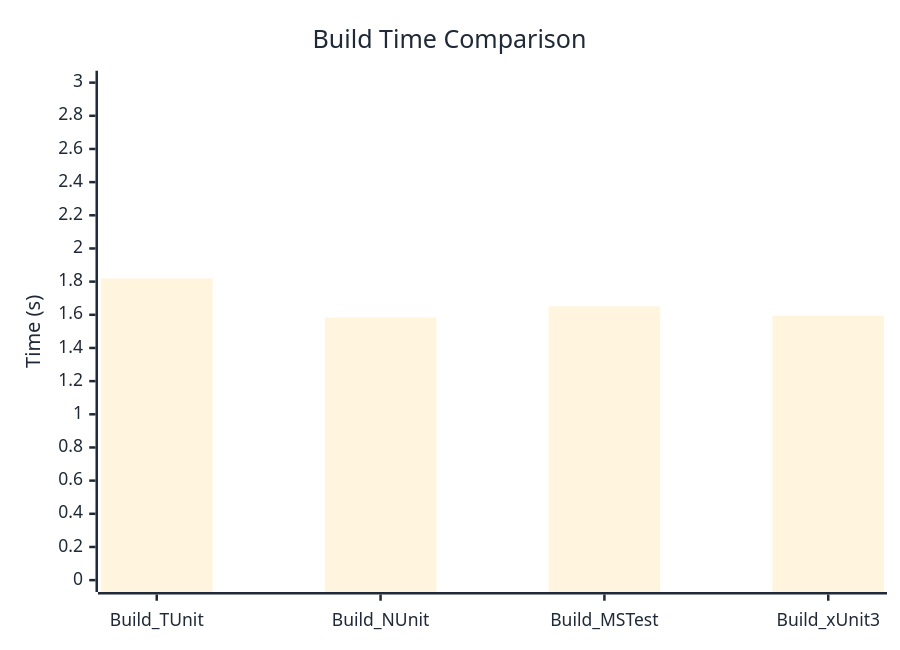
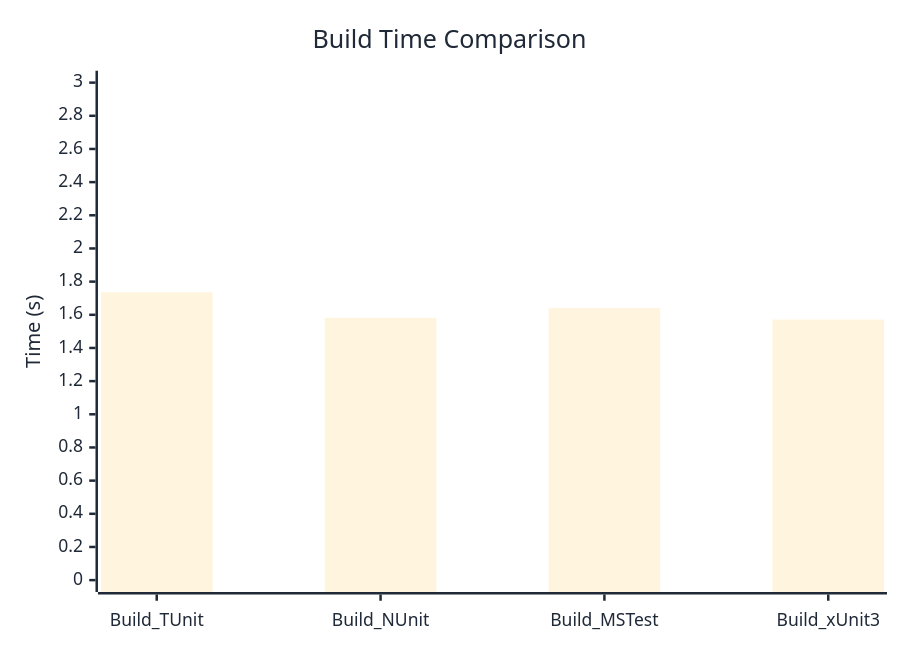
The diagram in docs/docs/benchmarks/BuildTime.md (thomhurst/TUnit), drawn with Mermaid before and after one commit. The commit also changed other lines of this file and 17 other files, not shown here.

````diff
--- a/docs/docs/benchmarks/BuildTime.md
+++ b/docs/docs/benchmarks/BuildTime.md
@@ -28,37 +28,37 @@
 ```mermaid
 %%{init: {
   'theme':'base',
   'themeVariables': {
     'primaryColor': '#2563eb',
     'primaryTextColor': '#1f2937',
     'primaryBorderColor': '#1e40af',
     'lineColor': '#6b7280',
     'secondaryColor': '#7c3aed',
     'tertiaryColor': '#dc2626',
     'background': '#ffffff',
     'mainBkg': '#2563eb',
     'secondBkg': '#7c3aed',
     'tertiaryBkg': '#dc2626',
     'clusterBkg': '#f3f4f6',
     'edgeLabelBackground': '#ffffff',
     'tertiaryTextColor': '#1f2937',
     'pie1': '#2563eb',
     'pie2': '#7c3aed',
     'pie3': '#dc2626',
     'pie4': '#f59e0b',
     'pie5': '#10b981',
     'pie6': '#06b6d4',
     'pie7': '#ec4899',
     'pie8': '#6366f1',
     'pie9': '#84cc16',
     'pie10': '#f97316',
     'pie11': '#14b8a6',
     'pie12': '#a855f7'
   }
 }}%%
 xychart-beta
   title "Build Time Comparison"
   x-axis ["Build_TUnit", "Build_NUnit", "Build_MSTest", "Build_xUnit3"]
   y-axis "Time (s)" 0 --> 3
-  bar [1.819, 1.583, 1.651, 1.595]
+  bar [1.736, 1.582, 1.64, 1.571]
 ```
````
